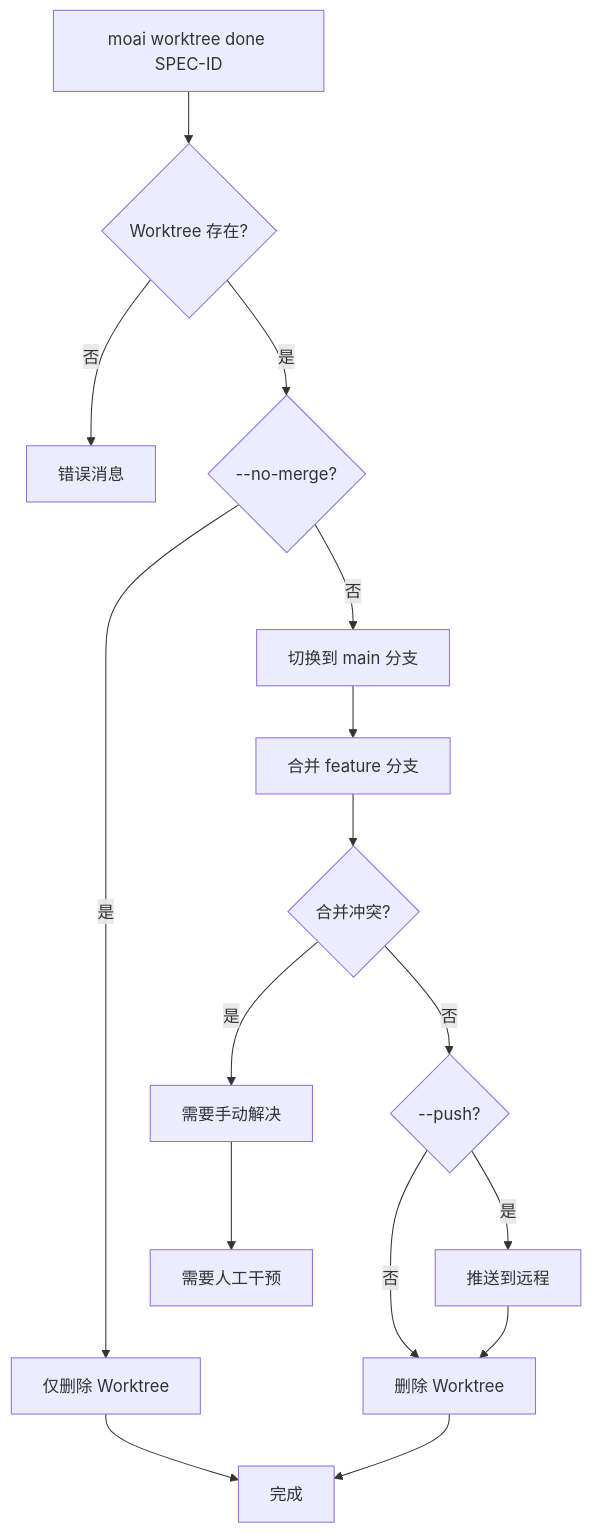
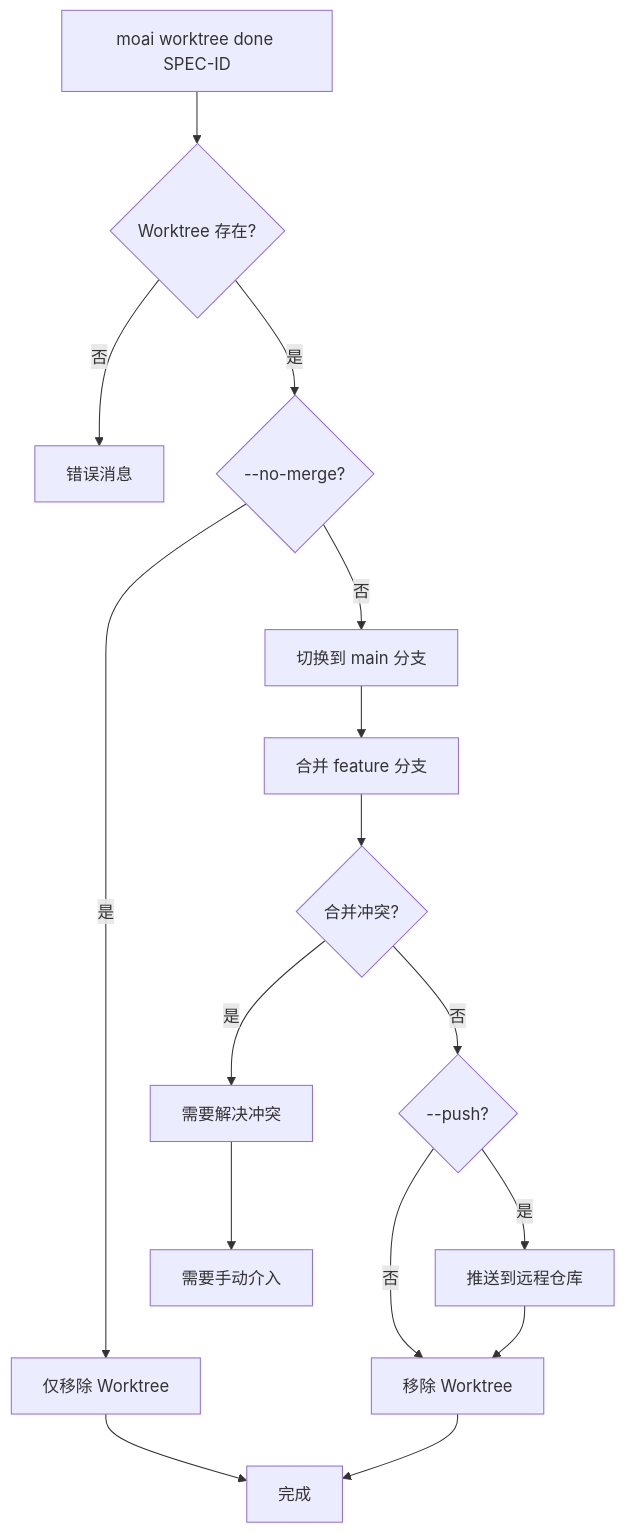
One commit to modu-ai/moai-adk changed the fourth of 10 diagrams in docs-site/content/zh/worktree/guide.md. Above: the diagram before and after it, drawn with Mermaid. The commit also changed other lines of this file and 395 other files, not shown here.

````diff
--- a/docs-site/content/zh/worktree/guide.md
+++ b/docs-site/content/zh/worktree/guide.md
@@ -221,18 +226,18 @@
 ```mermaid
 flowchart TD
     A[moai worktree done SPEC-ID] --> B{Worktree 存在?}
     B -->|否| C[错误消息]
     B -->|是| D{--no-merge?}
-    D -->|是| E[仅删除 Worktree]
+    D -->|是| E[仅移除 Worktree]
     D -->|否| F[切换到 main 分支]
     F --> G[合并 feature 分支]
     G --> H{合并冲突?}
-    H -->|是| I[需要手动解决]
+    H -->|是| I[需要解决冲突]
     H -->|否| J{--push?}
-    J -->|是| K[推送到远程]
-    J -->|否| L[删除 Worktree]
+    J -->|是| K[推送到远程仓库]
+    J -->|否| L[移除 Worktree]
     K --> L
     E --> M[完成]
     L --> M
-    I --> N[需要人工干预]
+    I --> N[需要手动介入]
 ```
````
